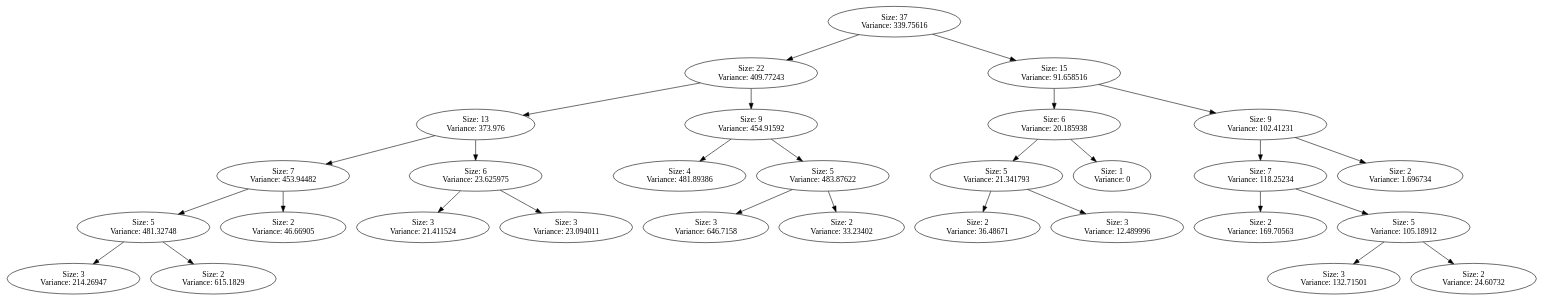
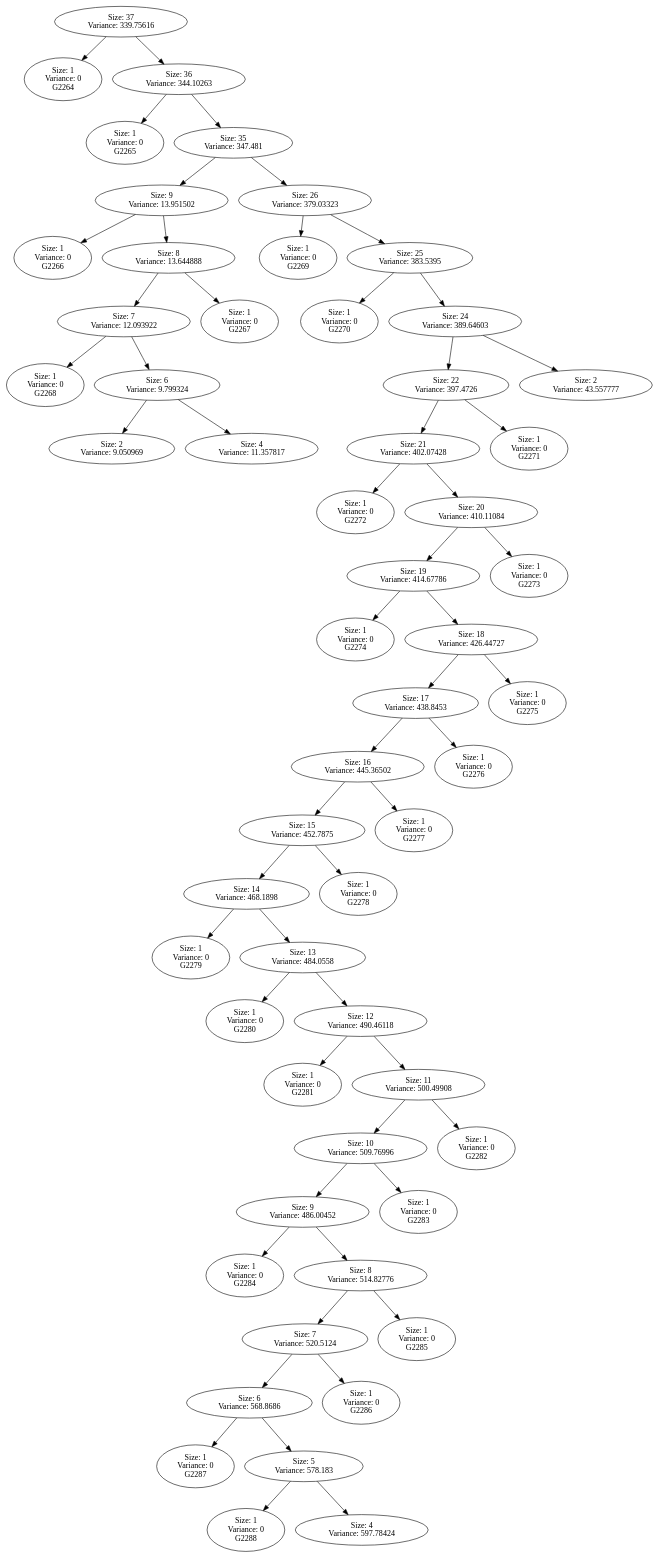
Before and after one commit to abutcher/compass: the diagram in src/dot/NASA93-CENTER-2.dot, drawn with Graphviz. The commit also changed 38 other files, not shown here.

```diff
--- a/src/dot/NASA93-CENTER-2.dot
+++ b/src/dot/NASA93-CENTER-2.dot
@@ -1,30 +1,58 @@
 DIGRAPH G {
-"Size: 37\nVariance: 339.75616" -> "Size: 22\nVariance: 409.77243" L=0;
-"Size: 37\nVariance: 339.75616" -> "Size: 15\nVariance: 91.658516" L=0;
-"Size: 22\nVariance: 409.77243" -> "Size: 13\nVariance: 373.976" L=1;
-"Size: 22\nVariance: 409.77243" -> "Size: 9\nVariance: 454.91592" L=1;
-"Size: 13\nVariance: 373.976" -> "Size: 7\nVariance: 453.94482" L=2;
-"Size: 13\nVariance: 373.976" -> "Size: 6\nVariance: 23.625975" L=2;
-"Size: 7\nVariance: 453.94482" -> "Size: 5\nVariance: 481.32748" L=3;
-"Size: 7\nVariance: 453.94482" -> "Size: 2\nVariance: 46.66905" L=3;
-"Size: 5\nVariance: 481.32748" -> "Size: 3\nVariance: 214.26947" L=4;
-"Size: 5\nVariance: 481.32748" -> "Size: 2\nVariance: 615.1829" L=4;
-"Size: 6\nVariance: 23.625975" -> "Size: 3\nVariance: 21.411524" L=3;
-"Size: 6\nVariance: 23.625975" -> "Size: 3\nVariance: 23.094011" L=3;
-"Size: 9\nVariance: 454.91592" -> "Size: 4\nVariance: 481.89386" L=2;
-"Size: 9\nVariance: 454.91592" -> "Size: 5\nVariance: 483.87622" L=2;
-"Size: 5\nVariance: 483.87622" -> "Size: 3\nVariance: 646.7158" L=3;
-"Size: 5\nVariance: 483.87622" -> "Size: 2\nVariance: 33.23402" L=3;
-"Size: 15\nVariance: 91.658516" -> "Size: 6\nVariance: 20.185938" L=1;
-"Size: 15\nVariance: 91.658516" -> "Size: 9\nVariance: 102.41231" L=1;
-"Size: 6\nVariance: 20.185938" -> "Size: 5\nVariance: 21.341793" L=2;
-"Size: 6\nVariance: 20.185938" -> "Size: 1\nVariance: 0" L=2;
-"Size: 5\nVariance: 21.341793" -> "Size: 2\nVariance: 36.48671" L=3;
-"Size: 5\nVariance: 21.341793" -> "Size: 3\nVariance: 12.489996" L=3;
-"Size: 9\nVariance: 102.41231" -> "Size: 7\nVariance: 118.25234" L=2;
-"Size: 9\nVariance: 102.41231" -> "Size: 2\nVariance: 1.696734" L=2;
-"Size: 7\nVariance: 118.25234" -> "Size: 2\nVariance: 169.70563" L=3;
-"Size: 7\nVariance: 118.25234" -> "Size: 5\nVariance: 105.18912" L=3;
-"Size: 5\nVariance: 105.18912" -> "Size: 3\nVariance: 132.71501" L=4;
-"Size: 5\nVariance: 105.18912" -> "Size: 2\nVariance: 24.60732" L=4;
+"Size: 37\nVariance: 339.75616" -> "Size: 1\nVariance: 0\nG2264" L=0;
+"Size: 37\nVariance: 339.75616" -> "Size: 36\nVariance: 344.10263" L=0;
+"Size: 36\nVariance: 344.10263" -> "Size: 1\nVariance: 0\nG2265" L=1;
+"Size: 36\nVariance: 344.10263" -> "Size: 35\nVariance: 347.481" L=1;
+"Size: 35\nVariance: 347.481" -> "Size: 9\nVariance: 13.951502" L=2;
+"Size: 35\nVariance: 347.481" -> "Size: 26\nVariance: 379.03323" L=2;
+"Size: 9\nVariance: 13.951502" -> "Size: 1\nVariance: 0\nG2266" L=3;
+"Size: 9\nVariance: 13.951502" -> "Size: 8\nVariance: 13.644888" L=3;
+"Size: 8\nVariance: 13.644888" -> "Size: 7\nVariance: 12.093922" L=4;
+"Size: 8\nVariance: 13.644888" -> "Size: 1\nVariance: 0\nG2267" L=4;
+"Size: 7\nVariance: 12.093922" -> "Size: 1\nVariance: 0\nG2268" L=5;
+"Size: 7\nVariance: 12.093922" -> "Size: 6\nVariance: 9.799324" L=5;
+"Size: 6\nVariance: 9.799324" -> "Size: 2\nVariance: 9.050969" L=6;
+"Size: 6\nVariance: 9.799324" -> "Size: 4\nVariance: 11.357817" L=6;
+"Size: 26\nVariance: 379.03323" -> "Size: 1\nVariance: 0\nG2269" L=3;
+"Size: 26\nVariance: 379.03323" -> "Size: 25\nVariance: 383.5395" L=3;
+"Size: 25\nVariance: 383.5395" -> "Size: 1\nVariance: 0\nG2270" L=4;
+"Size: 25\nVariance: 383.5395" -> "Size: 24\nVariance: 389.64603" L=4;
+"Size: 24\nVariance: 389.64603" -> "Size: 22\nVariance: 397.4726" L=5;
+"Size: 24\nVariance: 389.64603" -> "Size: 2\nVariance: 43.557777" L=5;
+"Size: 22\nVariance: 397.4726" -> "Size: 21\nVariance: 402.07428" L=6;
+"Size: 22\nVariance: 397.4726" -> "Size: 1\nVariance: 0\nG2271" L=6;
+"Size: 21\nVariance: 402.07428" -> "Size: 1\nVariance: 0\nG2272" L=7;
+"Size: 21\nVariance: 402.07428" -> "Size: 20\nVariance: 410.11084" L=7;
+"Size: 20\nVariance: 410.11084" -> "Size: 19\nVariance: 414.67786" L=8;
+"Size: 20\nVariance: 410.11084" -> "Size: 1\nVariance: 0\nG2273" L=8;
+"Size: 19\nVariance: 414.67786" -> "Size: 1\nVariance: 0\nG2274" L=9;
+"Size: 19\nVariance: 414.67786" -> "Size: 18\nVariance: 426.44727" L=9;
+"Size: 18\nVariance: 426.44727" -> "Size: 17\nVariance: 438.8453" L=10;
+"Size: 18\nVariance: 426.44727" -> "Size: 1\nVariance: 0\nG2275" L=10;
+"Size: 17\nVariance: 438.8453" -> "Size: 16\nVariance: 445.36502" L=11;
+"Size: 17\nVariance: 438.8453" -> "Size: 1\nVariance: 0\nG2276" L=11;
+"Size: 16\nVariance: 445.36502" -> "Size: 15\nVariance: 452.7875" L=12;
+"Size: 16\nVariance: 445.36502" -> "Size: 1\nVariance: 0\nG2277" L=12;
+"Size: 15\nVariance: 452.7875" -> "Size: 14\nVariance: 468.1898" L=13;
+"Size: 15\nVariance: 452.7875" -> "Size: 1\nVariance: 0\nG2278" L=13;
+"Size: 14\nVariance: 468.1898" -> "Size: 1\nVariance: 0\nG2279" L=14;
+"Size: 14\nVariance: 468.1898" -> "Size: 13\nVariance: 484.0558" L=14;
+"Size: 13\nVariance: 484.0558" -> "Size: 1\nVariance: 0\nG2280" L=15;
+"Size: 13\nVariance: 484.0558" -> "Size: 12\nVariance: 490.46118" L=15;
+"Size: 12\nVariance: 490.46118" -> "Size: 1\nVariance: 0\nG2281" L=16;
+"Size: 12\nVariance: 490.46118" -> "Size: 11\nVariance: 500.49908" L=16;
+"Size: 11\nVariance: 500.49908" -> "Size: 10\nVariance: 509.76996" L=17;
+"Size: 11\nVariance: 500.49908" -> "Size: 1\nVariance: 0\nG2282" L=17;
+"Size: 10\nVariance: 509.76996" -> "Size: 9\nVariance: 486.00452" L=18;
+"Size: 10\nVariance: 509.76996" -> "Size: 1\nVariance: 0\nG2283" L=18;
+"Size: 9\nVariance: 486.00452" -> "Size: 1\nVariance: 0\nG2284" L=19;
+"Size: 9\nVariance: 486.00452" -> "Size: 8\nVariance: 514.82776" L=19;
+"Size: 8\nVariance: 514.82776" -> "Size: 7\nVariance: 520.5124" L=20;
+"Size: 8\nVariance: 514.82776" -> "Size: 1\nVariance: 0\nG2285" L=20;
+"Size: 7\nVariance: 520.5124" -> "Size: 6\nVariance: 568.8686" L=21;
+"Size: 7\nVariance: 520.5124" -> "Size: 1\nVariance: 0\nG2286" L=21;
+"Size: 6\nVariance: 568.8686" -> "Size: 1\nVariance: 0\nG2287" L=22;
+"Size: 6\nVariance: 568.8686" -> "Size: 5\nVariance: 578.183" L=22;
+"Size: 5\nVariance: 578.183" -> "Size: 1\nVariance: 0\nG2288" L=23;
+"Size: 5\nVariance: 578.183" -> "Size: 4\nVariance: 597.78424" L=23;
 }
```
